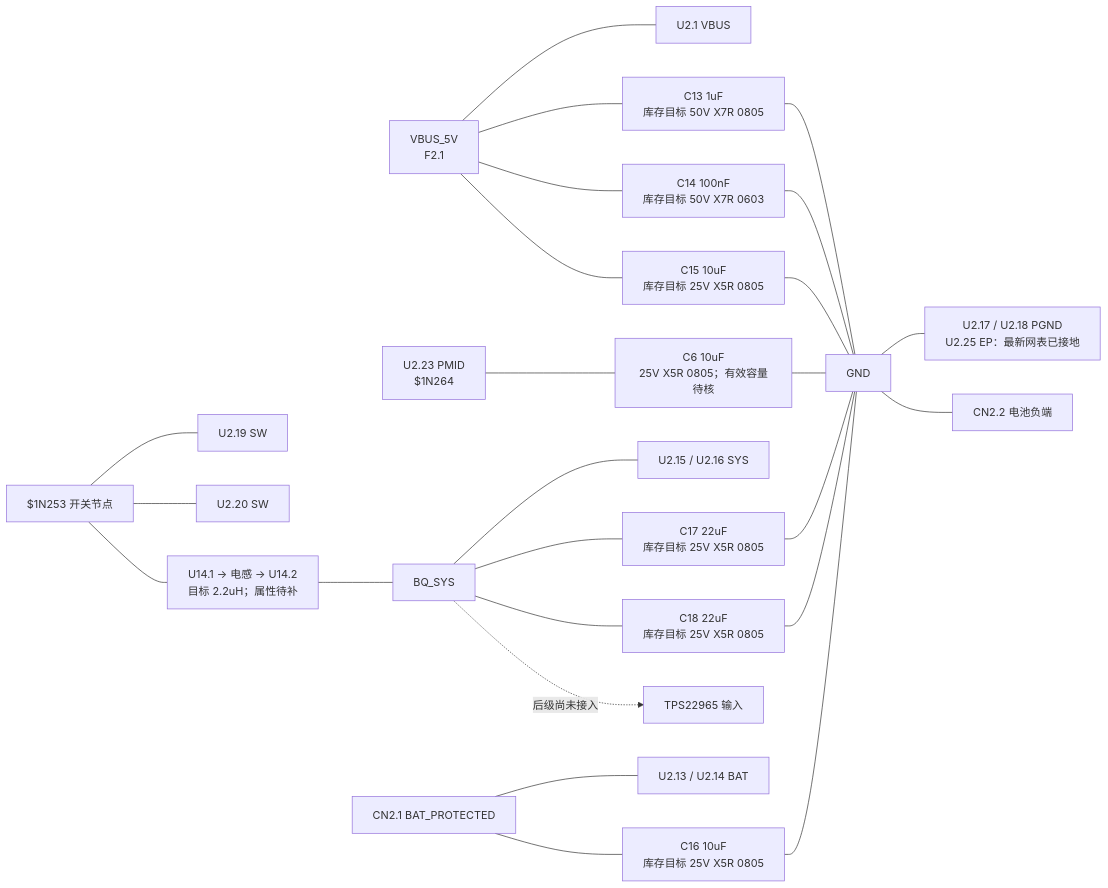
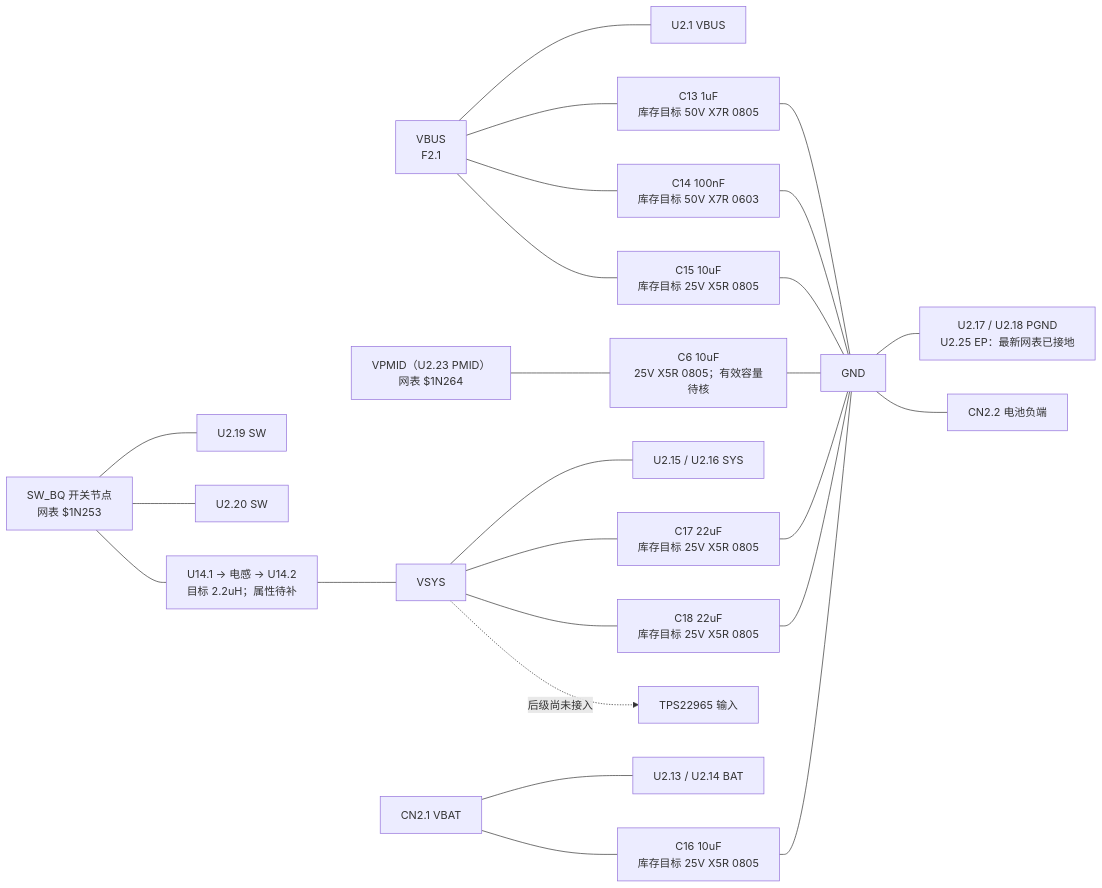
One commit to zhanghongchen1213/Electronic_Wooden_Fish changed the second of 4 diagrams in docs/hardware/外围电路设计/bq25895rtwr外围电路设计与接线.md. Above: the diagram before and after it, drawn with Mermaid. The commit also changed other lines of this file and 15 other files, not shown here.

Commit message:
docs: 删除过时的电子木鱼项目文档，整合硬件原理图与电源网络命名规范，确保设计信息的准确性与一致性。同时，更新相关文档以反映最新的设计决策与接口信息，提升可读性与可追溯性。

````diff
--- a/docs/hardware/外围电路设计/bq25895rtwr外围电路设计与接线.md
+++ b/docs/hardware/外围电路设计/bq25895rtwr外围电路设计与接线.md
@@ -76,20 +77,20 @@
 ```mermaid
 flowchart LR
-  V["VBUS_5V<br/>F2.1"] --- P1["U2.1 VBUS"]
+  V["VBUS<br/>F2.1"] --- P1["U2.1 VBUS"]
   V --- C13["C13 1uF<br/>库存目标 50V X7R 0805"] --- G["GND"]
   V --- C14["C14 100nF<br/>库存目标 50V X7R 0603"] --- G
   V --- C15["C15 10uF<br/>库存目标 25V X5R 0805"] --- G
-  PMID["U2.23 PMID<br/>$1N264"] --- C6["C6 10uF<br/>25V X5R 0805；有效容量待核"] --- G
-  SW["$1N253 开关节点"] --- P19["U2.19 SW"]
+  PMID["VPMID（U2.23 PMID）<br/>网表 $1N264"] --- C6["C6 10uF<br/>25V X5R 0805；有效容量待核"] --- G
+  SW["SW_BQ 开关节点<br/>网表 $1N253"] --- P19["U2.19 SW"]
   SW --- P20["U2.20 SW"]
   SW --- L["U14.1 → 电感 → U14.2<br/>目标 2.2uH；属性待补"]
-  L --- SYS["BQ_SYS"]
+  L --- SYS["VSYS"]
   SYS --- P15["U2.15 / U2.16 SYS"]
   SYS --- C17["C17 22uF<br/>库存目标 25V X5R 0805"] --- G
   SYS --- C18["C18 22uF<br/>库存目标 25V X5R 0805"] --- G
   SYS -. "后级尚未接入" .-> NEXT["TPS22965 输入"]
-  B["CN2.1 BAT_PROTECTED"] --- BAT["U2.13 / U2.14 BAT"]
+  B["CN2.1 VBAT"] --- BAT["U2.13 / U2.14 BAT"]
   B --- C16["C16 10uF<br/>库存目标 25V X5R 0805"] --- G
   G --- EP["U2.17 / U2.18 PGND<br/>U2.25 EP：最新网表已接地"]
   G --- J2["CN2.2 电池负端"]
 ```
````
